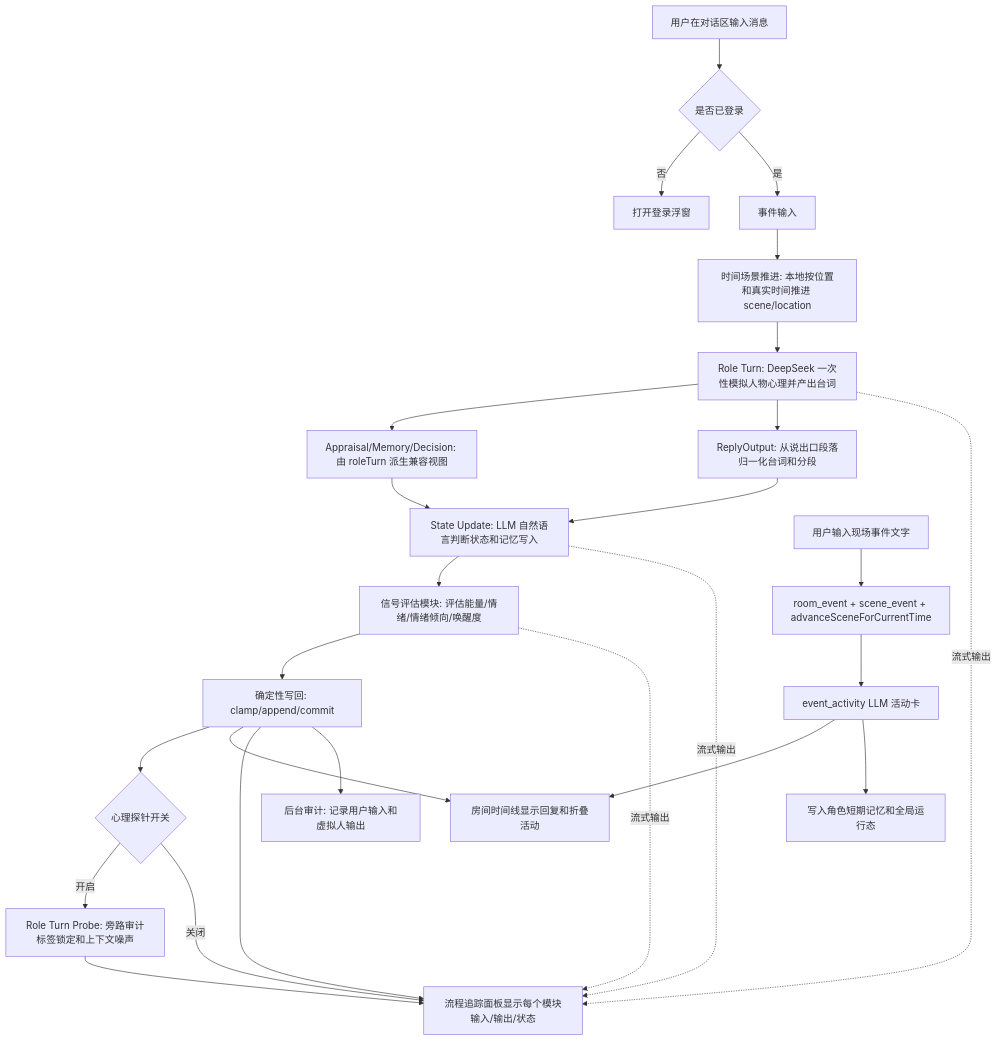
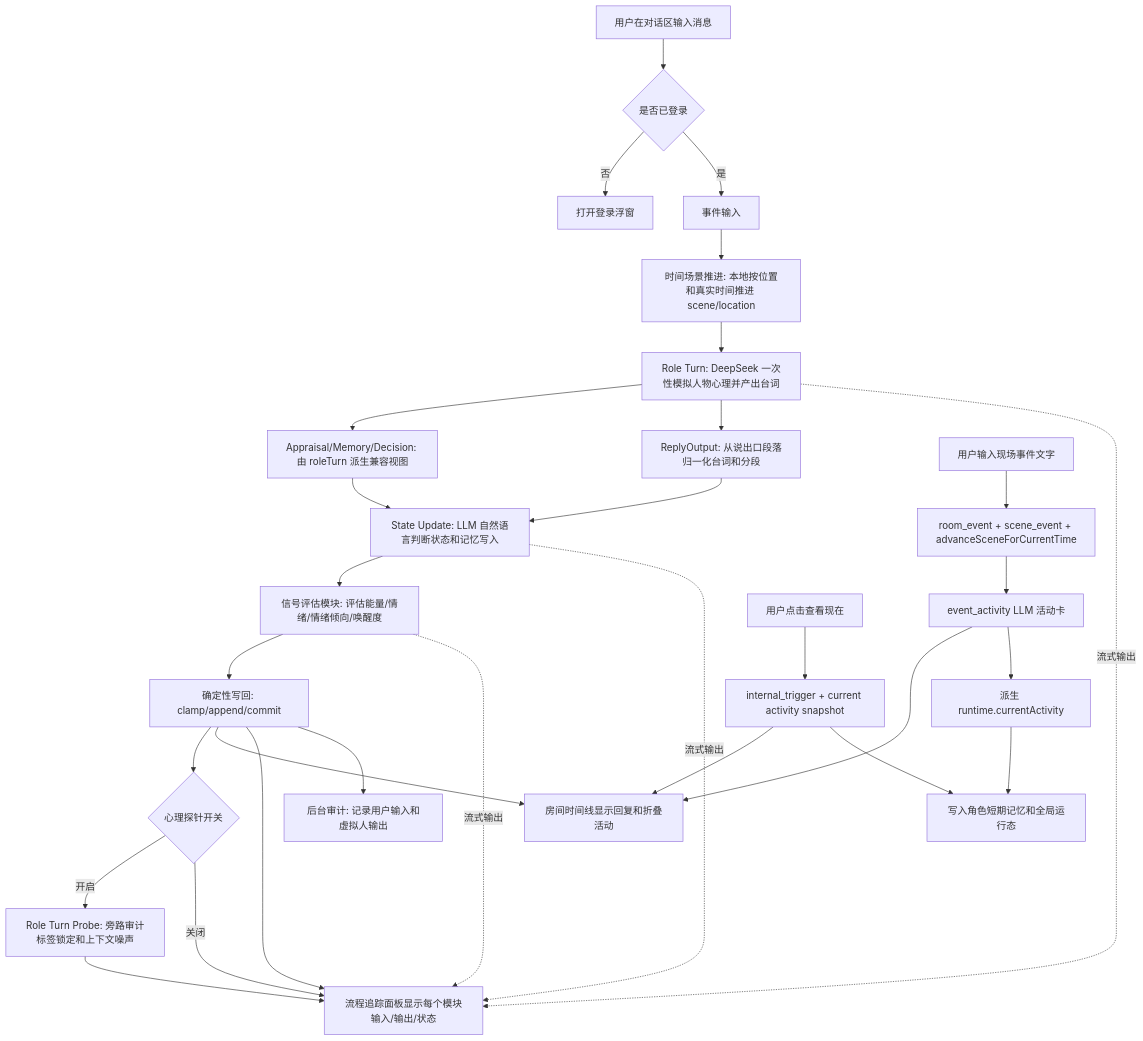
The fourth of 32 diagrams in docs/SYSTEM_FLOW.md (ttmanthatman/virtual-human-flow), drawn with Mermaid before and after one commit. The commit also changed other lines of this file and 14 other files, not shown here.

First line of the commit message:
Track current activity from room events

````diff
--- a/docs/SYSTEM_FLOW.md
+++ b/docs/SYSTEM_FLOW.md
@@ -136,28 +136,32 @@
 ```mermaid
 flowchart TD
     U[用户在对话区输入消息] --> AUTH{是否已登录}
     AUTH -- 否 --> LOGIN[打开登录浮窗]
     AUTH -- 是 --> E[事件输入]
     E --> TS[时间场景推进: 本地按位置和真实时间推进 scene/location]
     TS --> RT[Role Turn: DeepSeek 一次性模拟人物心理并产出台词]
     RT --> A[Appraisal/Memory/Decision: 由 roleTurn 派生兼容视图]
     RT --> R[ReplyOutput: 从说出口段落归一化台词和分段]
     A --> S[State Update: LLM 自然语言判断状态和记忆写入]
     R --> S
     S --> G[信号评估模块: 评估能量/情绪/情绪倾向/唤醒度]
     G --> W[确定性写回: clamp/append/commit]
     W --> P{心理探针开关}
     P -- 开启 --> PROBE[Role Turn Probe: 旁路审计标签锁定和上下文噪声]
     PROBE --> T
     P -- 关闭 --> T
     W --> C[房间时间线显示回复和折叠活动]
     W --> T[流程追踪面板显示每个模块输入/输出/状态]
     W --> AUDIT[后台审计: 记录用户输入和虚拟人输出]
     RT -. 流式输出 .-> T
     S -. 流式输出 .-> T
     G -. 流式输出 .-> T
     E2[用户输入现场事件文字] --> TE[room_event + scene_event + advanceSceneForCurrentTime]
     TE --> ACT[event_activity LLM 活动卡]
     ACT --> C
-    ACT --> STATE[写入角色短期记忆和全局运行态]
+    ACT --> CUR[派生 runtime.currentActivity]
+    CUR --> STATE[写入角色短期记忆和全局运行态]
+    E3[用户点击查看现在] --> NOW[internal_trigger + current activity snapshot]
+    NOW --> C
+    NOW --> STATE
 ```
````
